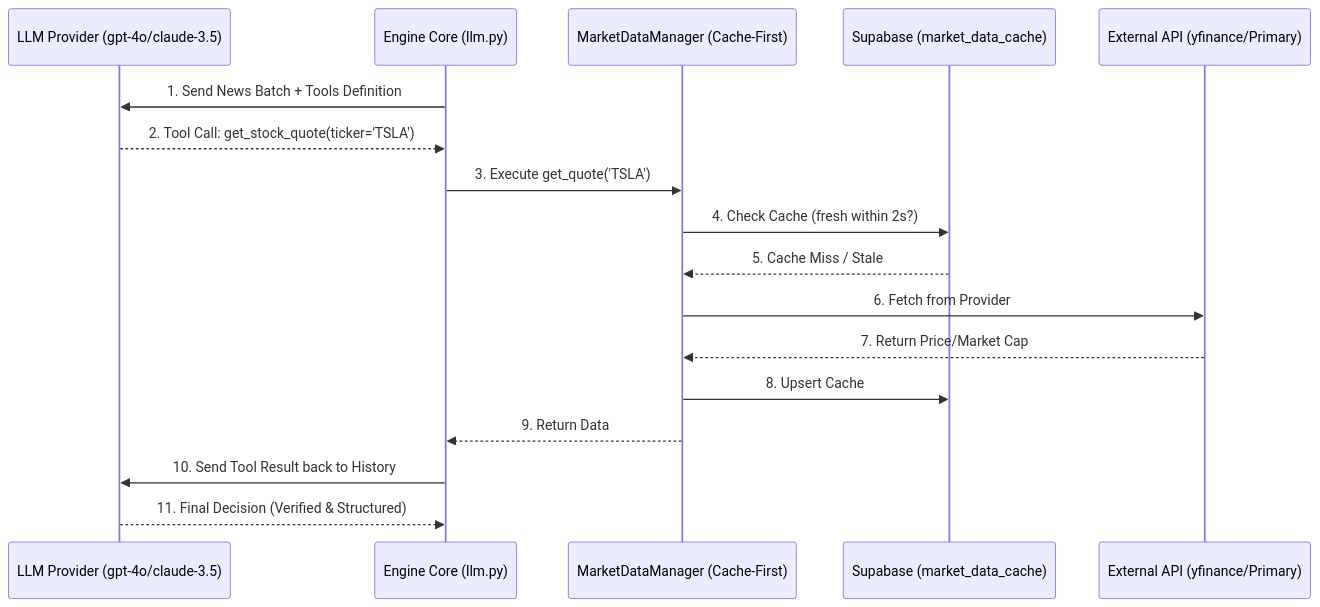
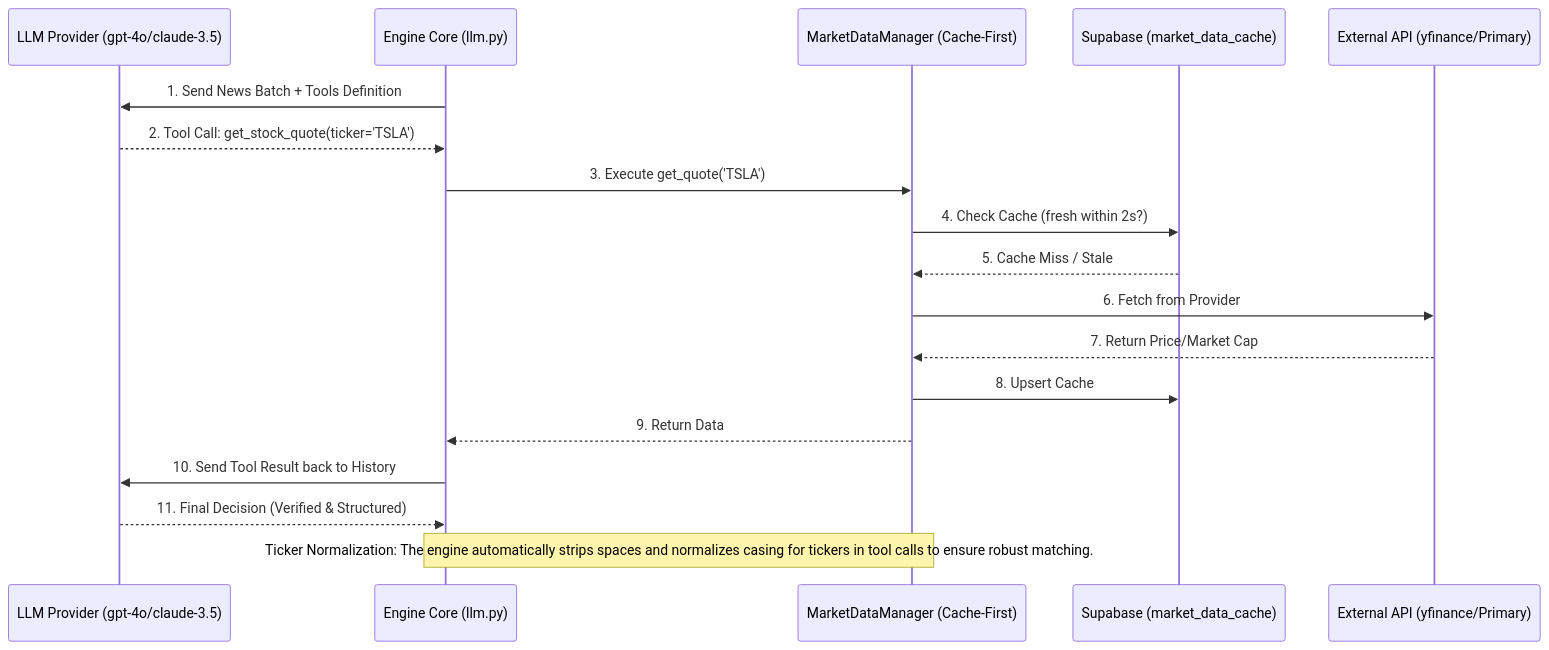
One commit to g-vega-cl/llm-market-bench changed the first of 2 diagrams in docs/engine/data-flow.md. Above: the diagram before and after it, drawn with Mermaid. The commit also changed other lines of this file and 9 other files, not shown here.

Commit message:
feat: Enhance hard tool enforcement with robust ticker normalization, optimize market data history persistence with batch upserts, and add government incentive enforcement.

````diff
--- a/docs/engine/data-flow.md
+++ b/docs/engine/data-flow.md
@@ -489,20 +489,22 @@
 ```mermaid
 sequenceDiagram
     participant LLM as LLM Provider (gpt-4o/claude-3.5)
     participant Core as Engine Core (llm.py)
     participant MDM as MarketDataManager (Cache-First)
     participant DB as Supabase (market_data_cache)
     participant API as External API (yfinance/Primary)
 
     Core->>LLM: 1. Send News Batch + Tools Definition
     LLM-->>Core: 2. Tool Call: get_stock_quote(ticker='TSLA')
     Core->>MDM: 3. Execute get_quote('TSLA')
     MDM->>DB: 4. Check Cache (fresh within 2s?)
     DB-->>MDM: 5. Cache Miss / Stale
     MDM->>API: 6. Fetch from Provider
     API-->>MDM: 7. Return Price/Market Cap
     MDM->>DB: 8. Upsert Cache
     MDM-->>Core: 9. Return Data
     Core->>LLM: 10. Send Tool Result back to History
     LLM-->>Core: 11. Final Decision (Verified & Structured)
+
+    Note over Core,MDM: Ticker Normalization: The engine automatically strips spaces and normalizes casing for tickers in tool calls to ensure robust matching.
 ```
````
